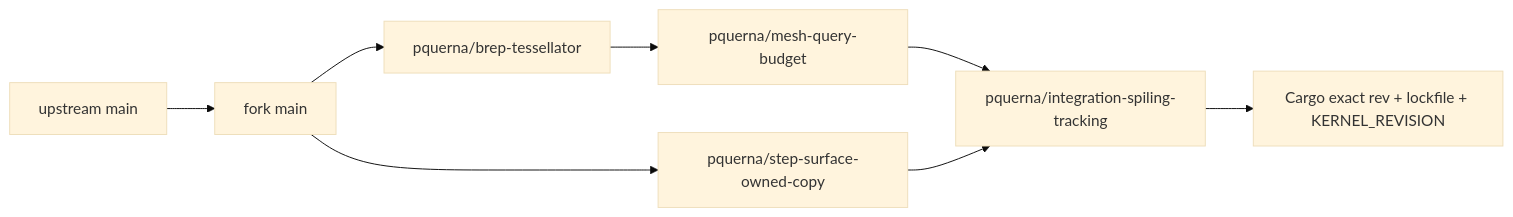
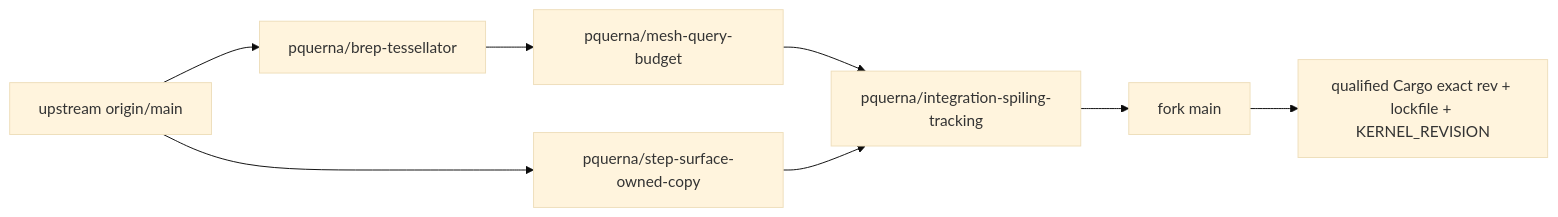
Before and after one commit to pquerna/spiling: the diagram in docs/quality/development.md, drawn with Mermaid (base theme). The commit also changed other lines of this file and 2 other files, not shown here.

First line of the commit message:
Publish tested SolidCore integration directly to fork main

````diff
--- a/docs/quality/development.md
+++ b/docs/quality/development.md
@@ -87,10 +88,10 @@
 ```mermaid
 flowchart LR
-  upstream["upstream main"] --> mirror["fork main"]
-  mirror --> mesh["pquerna/brep-tessellator"]
+  upstream["upstream origin/main"] --> mesh["pquerna/brep-tessellator"]
   mesh --> budget["pquerna/mesh-query-budget"]
-  mirror --> step["pquerna/step-surface-owned-copy"]
+  upstream --> step["pquerna/step-surface-owned-copy"]
   budget --> tracking["pquerna/integration-spiling-tracking"]
   step --> tracking
-  tracking --> pin["Cargo exact rev + lockfile + KERNEL_REVISION"]
+  tracking --> main["fork main"]
+  main --> pin["qualified Cargo exact rev + lockfile + KERNEL_REVISION"]
 ```
````
